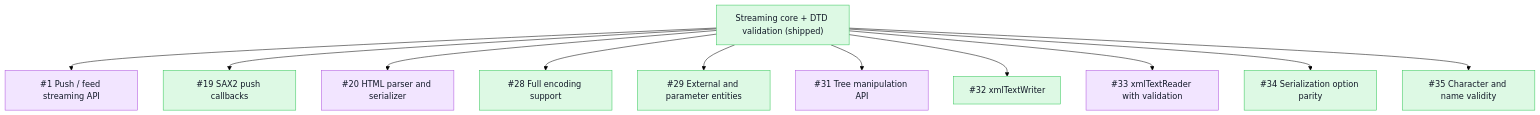
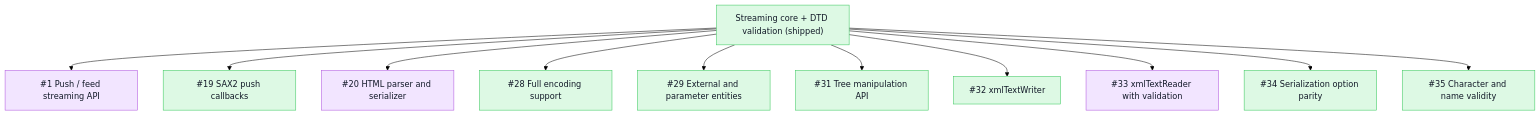
The second of 5 diagrams in README.md (mihaelamj/PureXML), drawn with Mermaid (forest theme) before and after one commit. The commit also changed 7 other files, not shown here.

````diff
--- a/README.md
+++ b/README.md
@@ -52,28 +52,28 @@
 ```mermaid
 flowchart TB
   classDef done fill:#ddf9e4,stroke:#34c759,color:#111827
   classDef review fill:#fff7d6,stroke:#ffcc00,color:#111827
   classDef epic fill:#f2e5ff,stroke:#af52de,color:#111827
   classDef todo fill:#f2f4f7,stroke:#8e8e93,color:#111827
   Core["Streaming core + DTD validation (shipped)"]:::done
   Push["#1 Push / feed streaming API"]:::epic
   Sax["#19 SAX2 push callbacks"]:::done
   Html["#20 HTML parser and serializer"]:::epic
   Enc["#28 Full encoding support"]:::done
   Ent["#29 External and parameter entities"]:::done
-  TreeApi["#31 Tree manipulation API"]:::epic
+  TreeApi["#31 Tree manipulation API"]:::done
   Writer["#32 xmlTextWriter"]:::done
   Reader["#33 xmlTextReader with validation"]:::epic
   Save["#34 Serialization option parity"]:::done
   Chars["#35 Character and name validity"]:::done
   Core --> Push
   Core --> Sax
   Core --> Html
   Core --> Enc
   Core --> Ent
   Core --> TreeApi
   Core --> Writer
   Core --> Reader
   Core --> Save
   Core --> Chars
 ```
````
